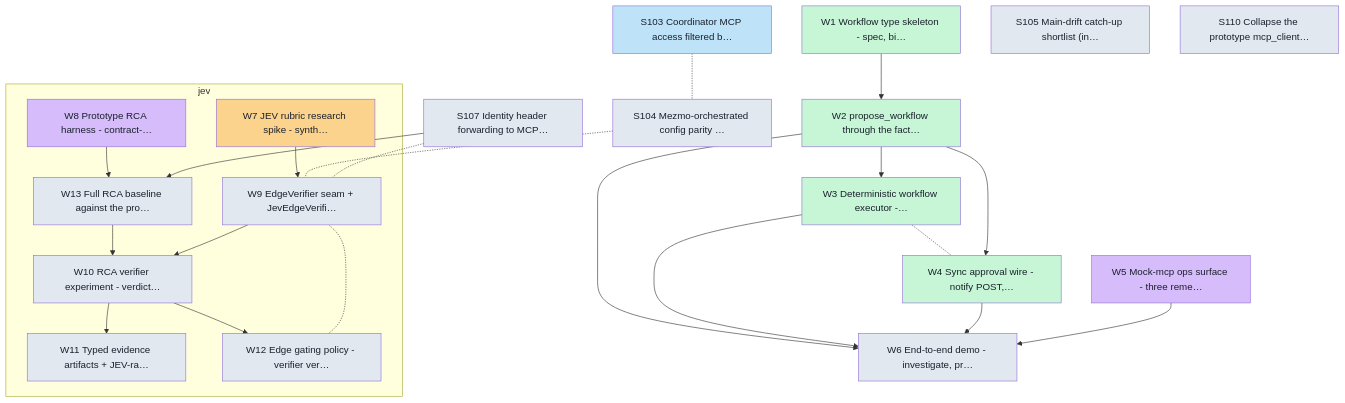
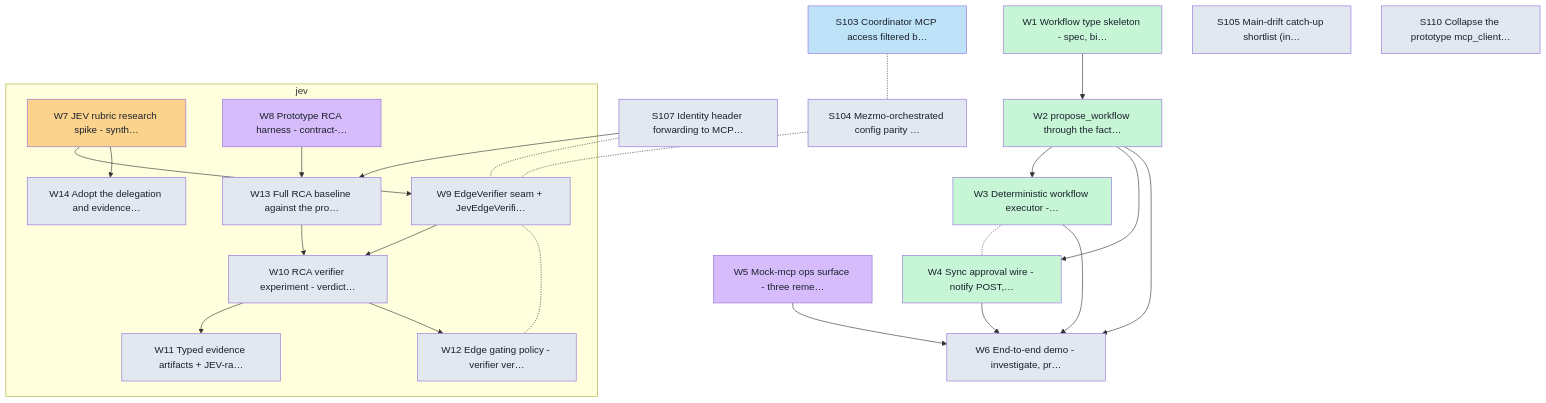
The diagram in docs/board/cards/graph.md (Shearerbeard/agent-driver-prototype), drawn with Mermaid before and after one commit. The commit also changed 5 other files, not shown here.

First line of the commit message:
docs(board): w7 u(rubric) rulings logged; delegation/evidence contract minted as w14

````diff
--- a/docs/board/cards/graph.md
+++ b/docs/board/cards/graph.md
@@ -8,47 +8,49 @@
 ```mermaid
 flowchart TD
   classDef backlog fill:#e2e8f0,color:#1a202c;
   classDef ready fill:#bee3f8,color:#1a202c;
   classDef inprogress fill:#fbd38d,color:#1a202c;
   classDef inreview fill:#d6bcfa,color:#1a202c;
   classDef done fill:#c6f6d5,color:#1a202c;
   subgraph lane_jev["jev"]
     W7["W7 JEV rubric research spike - synth…"]:::inprogress
     W8["W8 Prototype RCA harness - contract-…"]:::inreview
     W9["W9 EdgeVerifier seam + JevEdgeVerifi…"]:::backlog
     W10["W10 RCA verifier experiment - verdict…"]:::backlog
     W11["W11 Typed evidence artifacts + JEV-ra…"]:::backlog
     W12["W12 Edge gating policy - verifier ver…"]:::backlog
     W13["W13 Full RCA baseline against the pro…"]:::backlog
+    W14["W14 Adopt the delegation and evidence…"]:::backlog
   end
   W1["W1 Workflow type skeleton - spec, bi…"]:::done
   W2["W2 propose_workflow through the fact…"]:::done
   W3["W3 Deterministic workflow executor -…"]:::done
   W4["W4 Sync approval wire - notify POST,…"]:::done
   W5["W5 Mock-mcp ops surface - three reme…"]:::inreview
   W6["W6 End-to-end demo - investigate, pr…"]:::backlog
   S103["S103 Coordinator MCP access filtered b…"]:::ready
   S104["S104 Mezmo-orchestrated config parity …"]:::backlog
   S105["S105 Main-drift catch-up shortlist (in…"]:::backlog
   S107["S107 Identity header forwarding to MCP…"]:::backlog
   S110["S110 Collapse the prototype mcp_client…"]:::backlog
   W1 --> W2
   W2 --> W3
   W3 -.- W4
   W2 --> W4
   W2 --> W6
   W3 --> W6
   W4 --> W6
   W5 --> W6
   W7 --> W9
   W13 --> W10
   W9 --> W10
   W10 --> W11
   W10 --> W12
   W12 -.- W9
   W8 --> W13
   S107 --> W13
+  W7 --> W14
   S103 -.- S104
   S104 -.- W9
   S107 -.- W9
 ```
````
